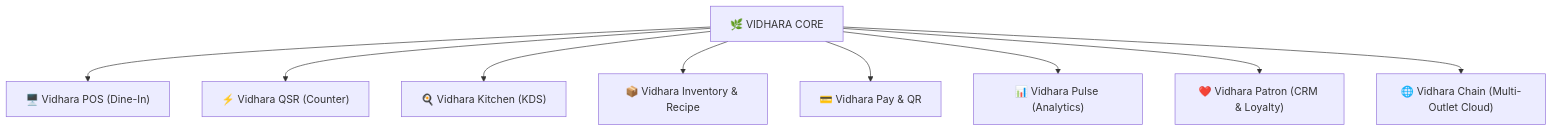
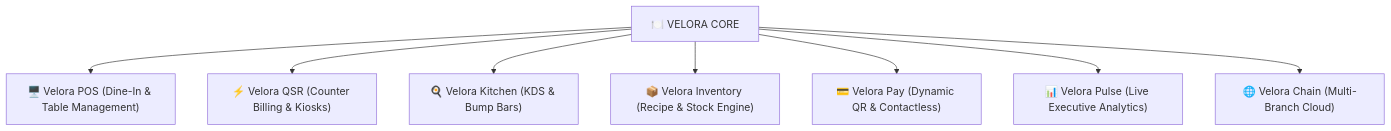
One commit to aycreationconnect-source/qsrsystem changed the diagram in docs/Brand Name Selection.md. Above: the diagram before and after it, drawn with Mermaid. The commit also changed other lines of this file and 66 other files, not shown here.

````diff
--- a/docs/Brand Name Selection.md
+++ b/docs/Brand Name Selection.md
@@ -106,11 +96,10 @@
 ```mermaid
 graph TD
-    V_CORE["🌿 VIDHARA CORE"] --> V_POS["🖥️ Vidhara POS (Dine-In)"]
-    V_CORE --> V_QSR["⚡ Vidhara QSR (Counter)"]
-    V_CORE --> V_KDS["🍳 Vidhara Kitchen (KDS)"]
-    V_CORE --> V_INV["📦 Vidhara Inventory & Recipe"]
-    V_CORE --> V_PAY["💳 Vidhara Pay & QR"]
-    V_CORE --> V_PULSE["📊 Vidhara Pulse (Analytics)"]
-    V_CORE --> V_PATRON["❤️ Vidhara Patron (CRM & Loyalty)"]
-    V_CORE --> V_CHAIN["🌐 Vidhara Chain (Multi-Outlet Cloud)"]
+    V_CORE["🍽️ VELORA CORE"] --> V_POS["🖥️ Velora POS (Dine-In & Table Management)"]
+    V_CORE --> V_QSR["⚡ Velora QSR (Counter Billing & Kiosks)"]
+    V_CORE --> V_KDS["🍳 Velora Kitchen (KDS & Bump Bars)"]
+    V_CORE --> V_INV["📦 Velora Inventory (Recipe & Stock Engine)"]
+    V_CORE --> V_PAY["💳 Velora Pay (Dynamic QR & Contactless)"]
+    V_CORE --> V_PULSE["📊 Velora Pulse (Live Executive Analytics)"]
+    V_CORE --> V_CHAIN["🌐 Velora Chain (Multi-Branch Cloud)"]
 ```
````
